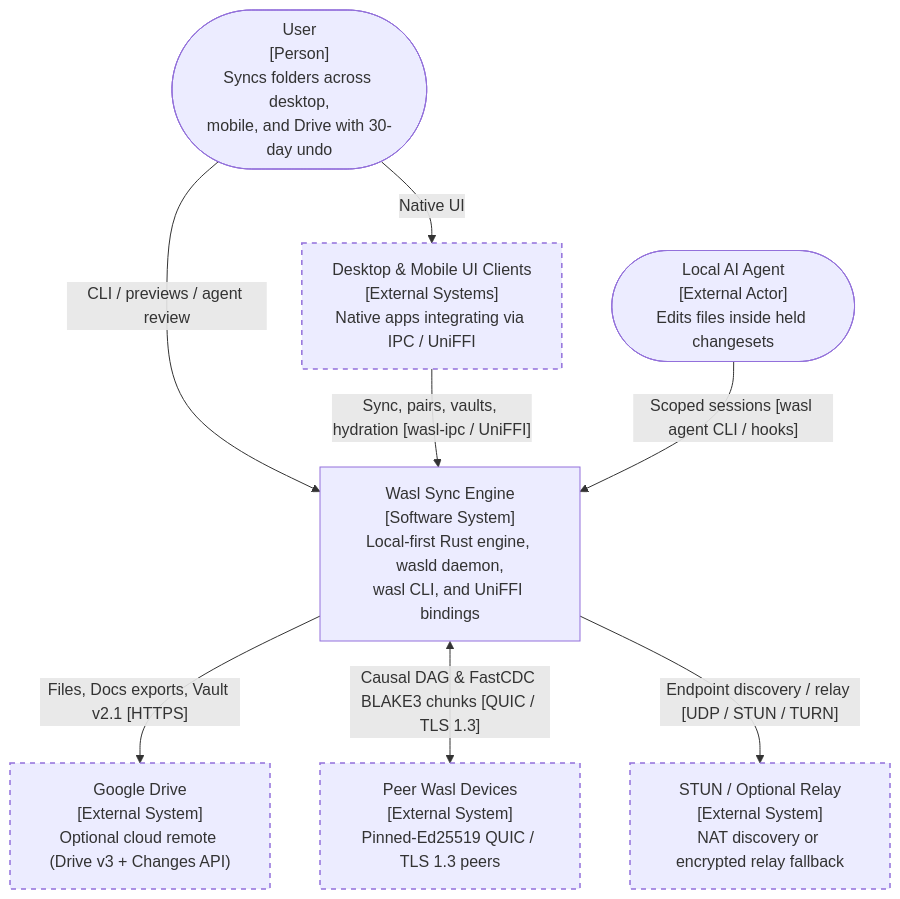
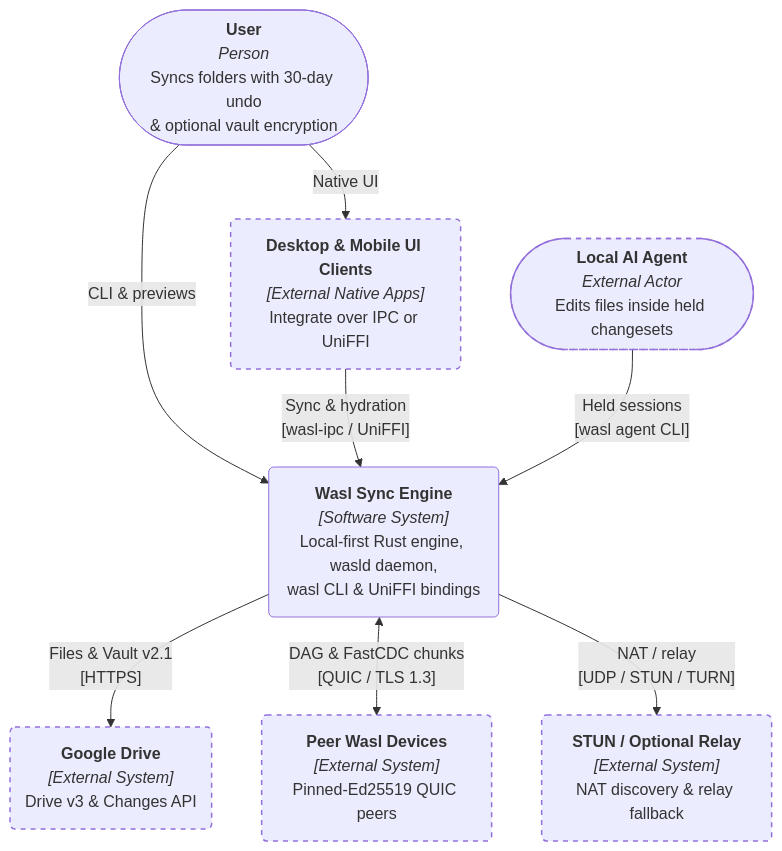
The first of 5 diagrams in README.md (Ahmad-AlModhayan/wasl), drawn with Mermaid before and after one commit. The commit also changed other lines of this file, not shown here.

First line of the commit message:
docs(readme): refine C4 + UML layout, arrow routing, and sequence syntax

````diff
--- a/README.md
+++ b/README.md
@@ -13,22 +13,22 @@
 ```mermaid
 flowchart TB
-    user(["User<br/>[Person]<br/>Syncs folders across desktop,<br/>mobile, and Drive with 30-day undo"])
-    agent(["Local AI Agent<br/>[External Actor]<br/>Edits files inside held changesets"])
+    user(["<b>User</b><br/><i>Person</i><br/>Syncs folders with 30-day undo<br/>&amp; optional vault encryption"])
+    agent(["<b>Local AI Agent</b><br/><i>External Actor</i><br/>Edits files inside held changesets"]):::ext
+    clients("<b>Desktop &amp; Mobile UI Clients</b><br/><i>[External Native Apps]</i><br/>Integrate over IPC or UniFFI"):::ext
 
-    wasl["Wasl Sync Engine<br/>[Software System]<br/>Local-first Rust engine, wasld daemon,<br/>wasl CLI, and UniFFI bindings"]
+    wasl("<b>Wasl Sync Engine</b><br/><i>[Software System]</i><br/>Local-first Rust engine, wasld daemon,<br/>wasl CLI &amp; UniFFI bindings")
 
-    clients["Desktop & Mobile UI Clients<br/>[External Systems]<br/>Native apps integrating via IPC / UniFFI"]:::ext
-    drive["Google Drive<br/>[External System]<br/>Optional cloud remote (Drive v3 + Changes API)"]:::ext
-    peers["Peer Wasl Devices<br/>[External System]<br/>Pinned-Ed25519 QUIC / TLS 1.3 peers"]:::ext
-    relay["STUN / Optional Relay<br/>[External System]<br/>NAT discovery or encrypted relay fallback"]:::ext
+    drive("<b>Google Drive</b><br/><i>[External System]</i><br/>Drive v3 &amp; Changes API"):::ext
+    peers("<b>Peer Wasl Devices</b><br/><i>[External System]</i><br/>Pinned-Ed25519 QUIC peers"):::ext
+    relay("<b>STUN / Optional Relay</b><br/><i>[External System]</i><br/>NAT discovery &amp; relay fallback"):::ext
 
-    user -->|"CLI / previews / agent review"| wasl
+    user -->|"CLI &amp; previews"| wasl
     user -->|"Native UI"| clients
-    clients -->|"Sync, pairs, vaults, hydration [wasl-ipc / UniFFI]"| wasl
-    agent -->|"Scoped sessions [wasl agent CLI / hooks]"| wasl
-    wasl -->|"Files, Docs exports, Vault v2.1 [HTTPS]"| drive
-    wasl <-->|"Causal DAG & FastCDC BLAKE3 chunks [QUIC / TLS 1.3]"| peers
-    wasl -->|"Endpoint discovery / relay [UDP / STUN / TURN]"| relay
+    clients -->|"Sync &amp; hydration<br/>[wasl-ipc / UniFFI]"| wasl
+    agent -->|"Held sessions<br/>[wasl agent CLI]"| wasl
+    wasl -->|"Files &amp; Vault v2.1<br/>[HTTPS]"| drive
+    wasl <-->|"DAG &amp; FastCDC chunks<br/>[QUIC / TLS 1.3]"| peers
+    wasl -->|"NAT / relay<br/>[UDP / STUN / TURN]"| relay
 
-    classDef ext stroke-dasharray: 5 5,stroke-width:1.5px;
+    classDef ext stroke-dasharray:5 5,stroke-width:1.5px;
 ```
````
